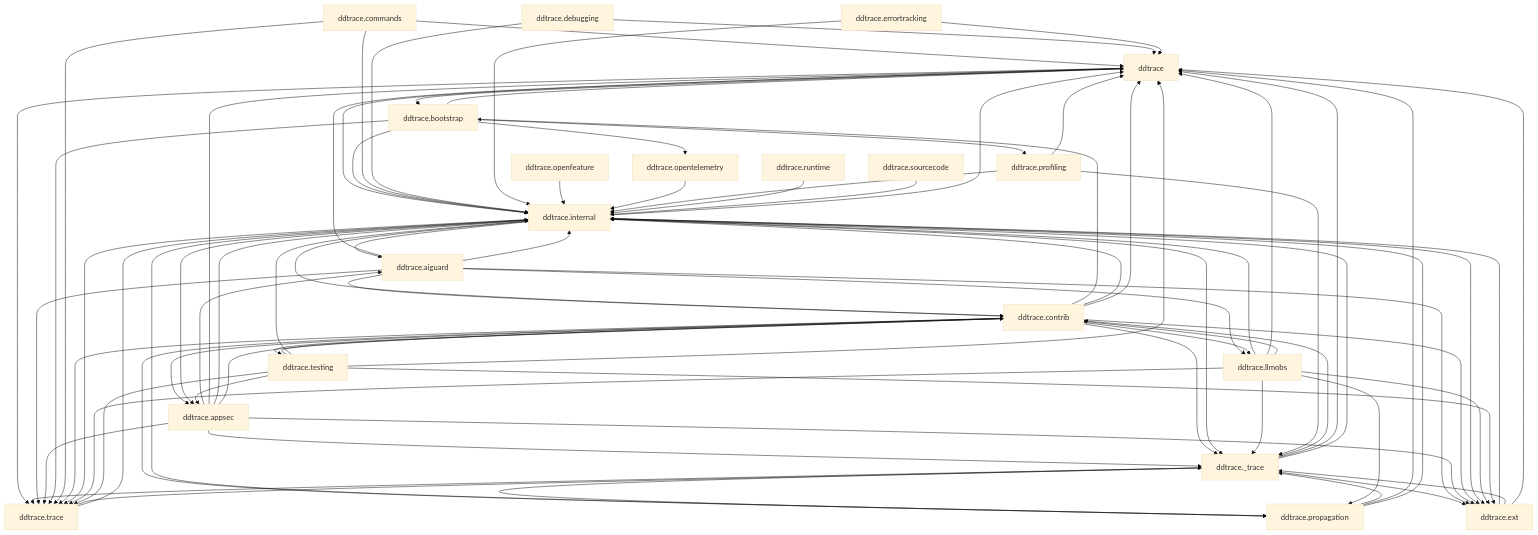
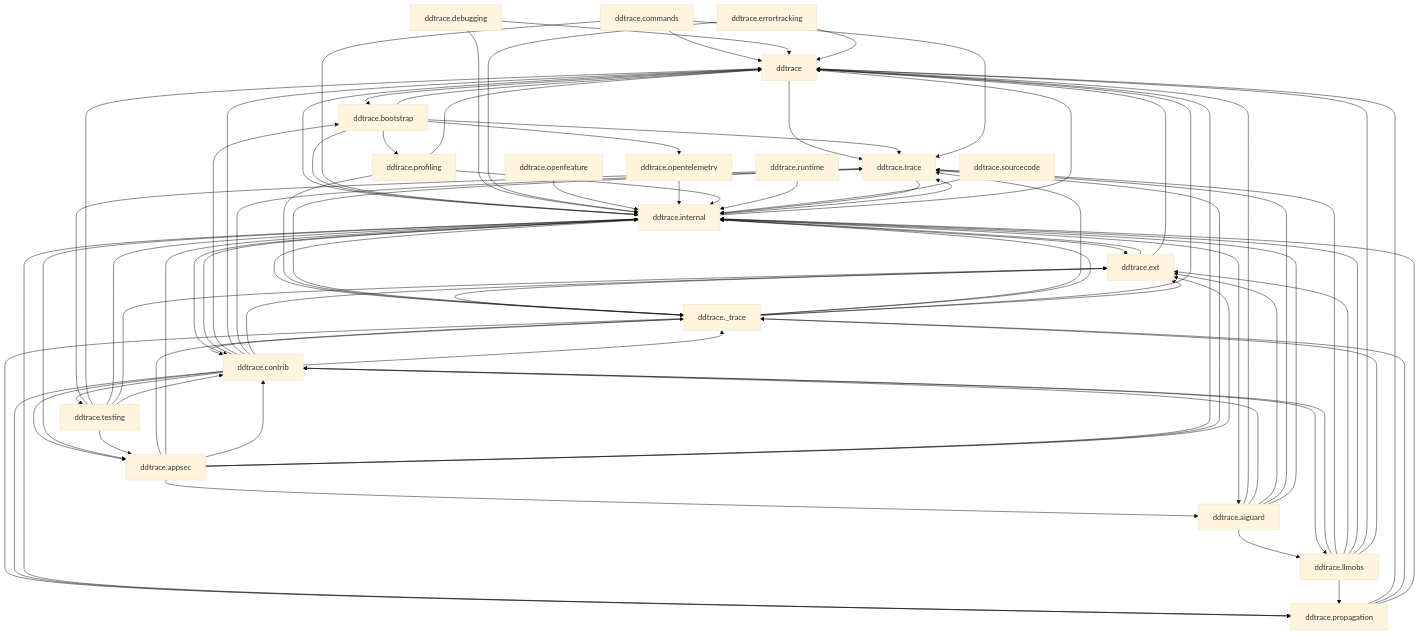
The diagram in tach_module_graph.mmd (DataDog/dd-trace-py), drawn with Mermaid (base theme) before and after one commit. The commit also changed other lines of this file and 3 other files, not shown here.

```diff
--- a/tach_module_graph.mmd
+++ b/tach_module_graph.mmd
@@ -1,81 +1,81 @@
 graph TD
     ddtrace --> ddtrace.bootstrap
     ddtrace --> ddtrace.trace
     ddtrace --> ddtrace.internal
     ddtrace._trace --> ddtrace.trace
+    ddtrace._trace --> ddtrace.internal
+    ddtrace._trace --> ddtrace
     ddtrace._trace --> ddtrace.contrib
-    ddtrace._trace --> ddtrace
-    ddtrace._trace --> ddtrace.internal
     ddtrace._trace --> ddtrace.propagation
     ddtrace._trace --> ddtrace.ext
     ddtrace.aiguard --> ddtrace
     ddtrace.aiguard --> ddtrace.contrib
+    ddtrace.aiguard --> ddtrace.ext
+    ddtrace.aiguard --> ddtrace.trace
     ddtrace.aiguard --> ddtrace.internal
     ddtrace.aiguard --> ddtrace.llmobs
-    ddtrace.aiguard --> ddtrace.trace
-    ddtrace.aiguard --> ddtrace.ext
     ddtrace.appsec --> ddtrace.aiguard
-    ddtrace.appsec --> ddtrace
     ddtrace.appsec --> ddtrace._trace
     ddtrace.appsec --> ddtrace.internal
     ddtrace.appsec --> ddtrace.contrib
+    ddtrace.appsec --> ddtrace
     ddtrace.appsec --> ddtrace.trace
     ddtrace.appsec --> ddtrace.ext
+    ddtrace.bootstrap --> ddtrace.trace
     ddtrace.bootstrap --> ddtrace.profiling
+    ddtrace.bootstrap --> ddtrace.opentelemetry
     ddtrace.bootstrap --> ddtrace
     ddtrace.bootstrap --> ddtrace.internal
-    ddtrace.bootstrap --> ddtrace.trace
-    ddtrace.bootstrap --> ddtrace.opentelemetry
+    ddtrace.commands --> ddtrace
+    ddtrace.commands --> ddtrace.trace
     ddtrace.commands --> ddtrace.internal
-    ddtrace.commands --> ddtrace.trace
-    ddtrace.commands --> ddtrace
+    ddtrace.contrib --> ddtrace.propagation
+    ddtrace.contrib --> ddtrace.testing
+    ddtrace.contrib --> ddtrace.internal
+    ddtrace.contrib --> ddtrace.appsec
     ddtrace.contrib --> ddtrace.bootstrap
-    ddtrace.contrib --> ddtrace.appsec
-    ddtrace.contrib --> ddtrace.internal
-    ddtrace.contrib --> ddtrace.propagation
+    ddtrace.contrib --> ddtrace
+    ddtrace.contrib --> ddtrace.trace
+    ddtrace.contrib --> ddtrace.ext
     ddtrace.contrib --> ddtrace.llmobs
-    ddtrace.contrib --> ddtrace.ext
-    ddtrace.contrib --> ddtrace.testing
-    ddtrace.contrib --> ddtrace
     ddtrace.contrib --> ddtrace._trace
-    ddtrace.contrib --> ddtrace.trace
+    ddtrace.debugging --> ddtrace.internal
     ddtrace.debugging --> ddtrace
-    ddtrace.debugging --> ddtrace.internal
     ddtrace.errortracking --> ddtrace.internal
     ddtrace.errortracking --> ddtrace
     ddtrace.ext --> ddtrace.internal
     ddtrace.ext --> ddtrace._trace
     ddtrace.ext --> ddtrace
+    ddtrace.internal --> ddtrace.trace
+    ddtrace.internal --> ddtrace.ext
     ddtrace.internal --> ddtrace
+    ddtrace.internal --> ddtrace.appsec
+    ddtrace.internal --> ddtrace.propagation
+    ddtrace.internal --> ddtrace.contrib
     ddtrace.internal --> ddtrace.aiguard
-    ddtrace.internal --> ddtrace.appsec
     ddtrace.internal --> ddtrace._trace
-    ddtrace.internal --> ddtrace.contrib
-    ddtrace.internal --> ddtrace.ext
-    ddtrace.internal --> ddtrace.trace
-    ddtrace.internal --> ddtrace.propagation
+    ddtrace.llmobs --> ddtrace.contrib
+    ddtrace.llmobs --> ddtrace.trace
+    ddtrace.llmobs --> ddtrace.propagation
+    ddtrace.llmobs --> ddtrace.ext
     ddtrace.llmobs --> ddtrace.internal
+    ddtrace.llmobs --> ddtrace
     ddtrace.llmobs --> ddtrace._trace
-    ddtrace.llmobs --> ddtrace.ext
-    ddtrace.llmobs --> ddtrace.propagation
-    ddtrace.llmobs --> ddtrace
-    ddtrace.llmobs --> ddtrace.trace
-    ddtrace.llmobs --> ddtrace.contrib
     ddtrace.openfeature --> ddtrace.internal
     ddtrace.opentelemetry --> ddtrace.internal
+    ddtrace.profiling --> ddtrace
+    ddtrace.profiling --> ddtrace._trace
     ddtrace.profiling --> ddtrace.internal
-    ddtrace.profiling --> ddtrace._trace
-    ddtrace.profiling --> ddtrace
+    ddtrace.propagation --> ddtrace
     ddtrace.propagation --> ddtrace._trace
-    ddtrace.propagation --> ddtrace
     ddtrace.propagation --> ddtrace.internal
     ddtrace.runtime --> ddtrace.internal
     ddtrace.sourcecode --> ddtrace.internal
+    ddtrace.testing --> ddtrace.trace
+    ddtrace.testing --> ddtrace
+    ddtrace.testing --> ddtrace.internal
+    ddtrace.testing --> ddtrace.appsec
+    ddtrace.testing --> ddtrace.ext
     ddtrace.testing --> ddtrace.contrib
-    ddtrace.testing --> ddtrace.trace
-    ddtrace.testing --> ddtrace.appsec
-    ddtrace.testing --> ddtrace.internal
-    ddtrace.testing --> ddtrace.ext
-    ddtrace.testing --> ddtrace
+    ddtrace.trace --> ddtrace.internal
     ddtrace.trace --> ddtrace._trace
-    ddtrace.trace --> ddtrace.internal
```
